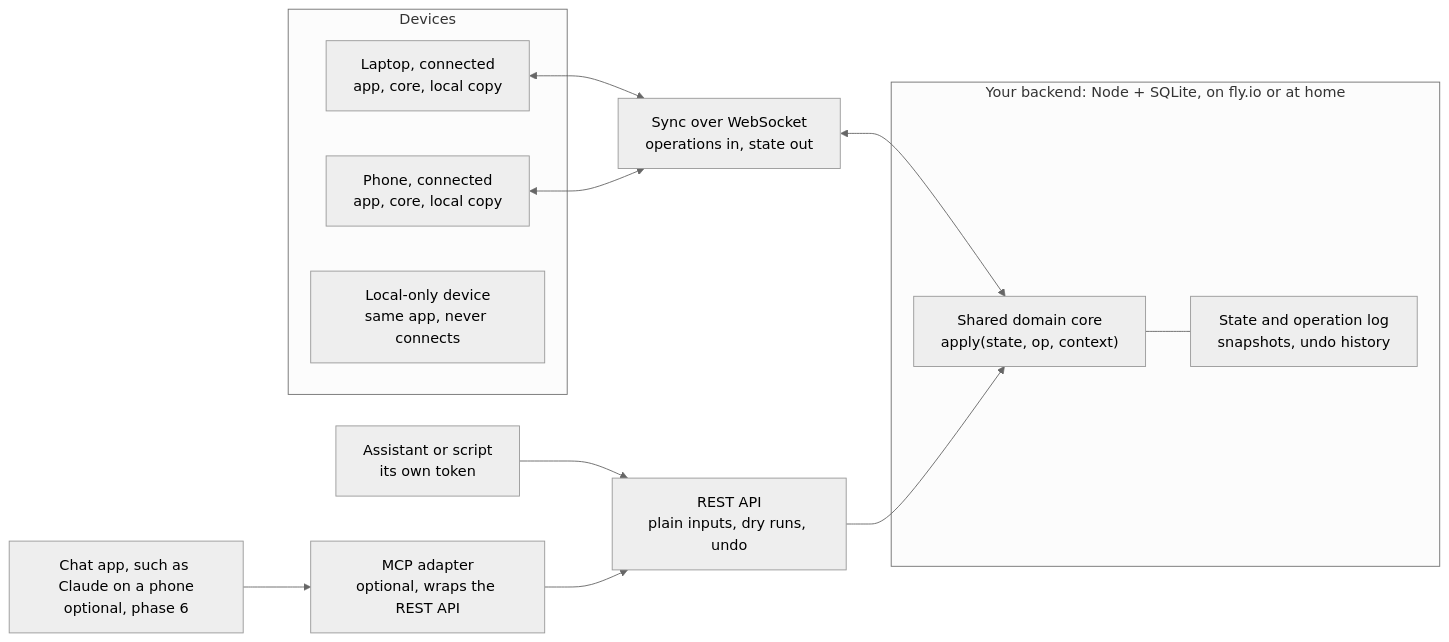
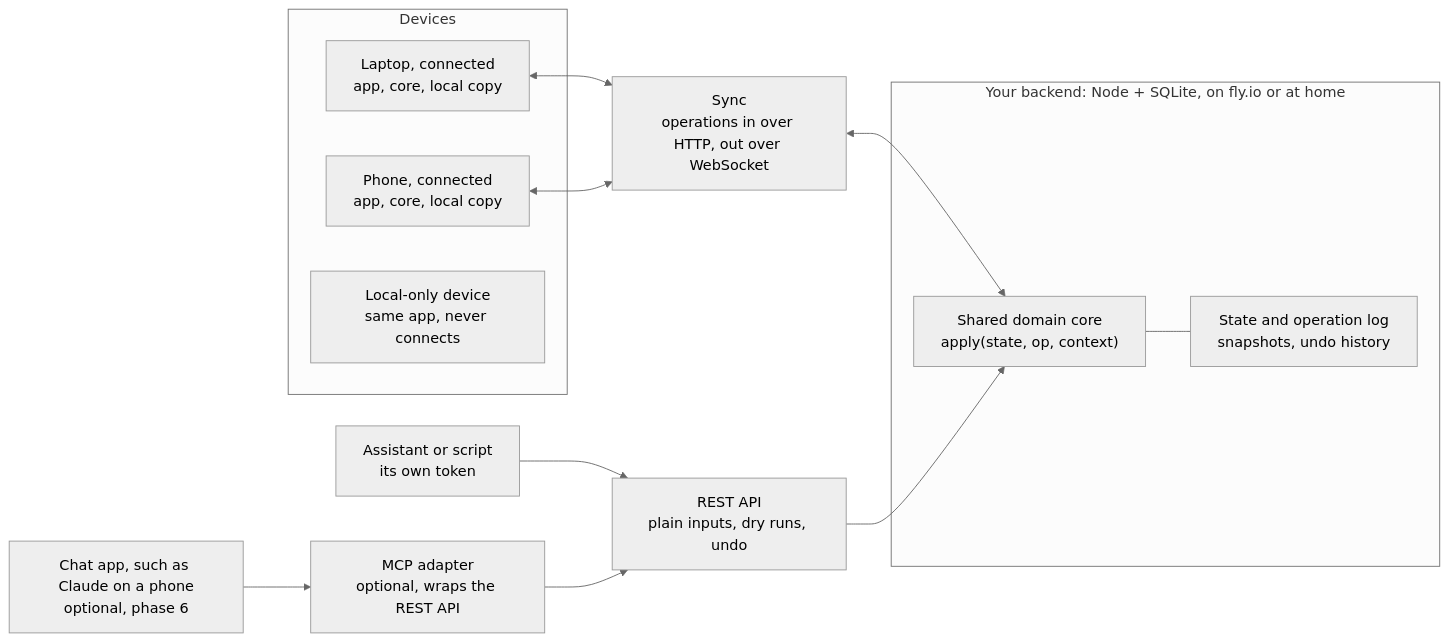
The diagram in SYNC-AND-API-DESIGN.md (grge/taskflow-app), drawn with Mermaid (neutral theme) before and after one commit. The commit also changed other lines of this file and 16 other files, not shown here.

````diff
--- a/SYNC-AND-API-DESIGN.md
+++ b/SYNC-AND-API-DESIGN.md
@@ -45,28 +45,28 @@
 ```mermaid
 flowchart LR
   subgraph Devices
     L["Laptop, connected<br/>app, core, local copy"]
     P["Phone, connected<br/>app, core, local copy"]
     O["Local-only device<br/>same app, never connects"]
   end
 
   A["Assistant or script<br/>its own token"]
   C["Chat app, such as Claude on a phone<br/>optional, phase 6"]
 
-  WS["Sync over WebSocket<br/>operations in, state out"]
+  WS["Sync<br/>operations in over HTTP, out over WebSocket"]
   R["REST API<br/>plain inputs, dry runs, undo"]
   M["MCP adapter<br/>optional, wraps the REST API"]
 
   subgraph S["Your backend: Node + SQLite, on fly.io or at home"]
     CORE["Shared domain core<br/>apply(state, op, context)"]
     LOG["State and operation log<br/>snapshots, undo history"]
   end
 
   L <--> WS
   P <--> WS
   WS <--> CORE
   A --> R
   C --> M --> R
   R --> CORE
   CORE --- LOG
 ```
````
